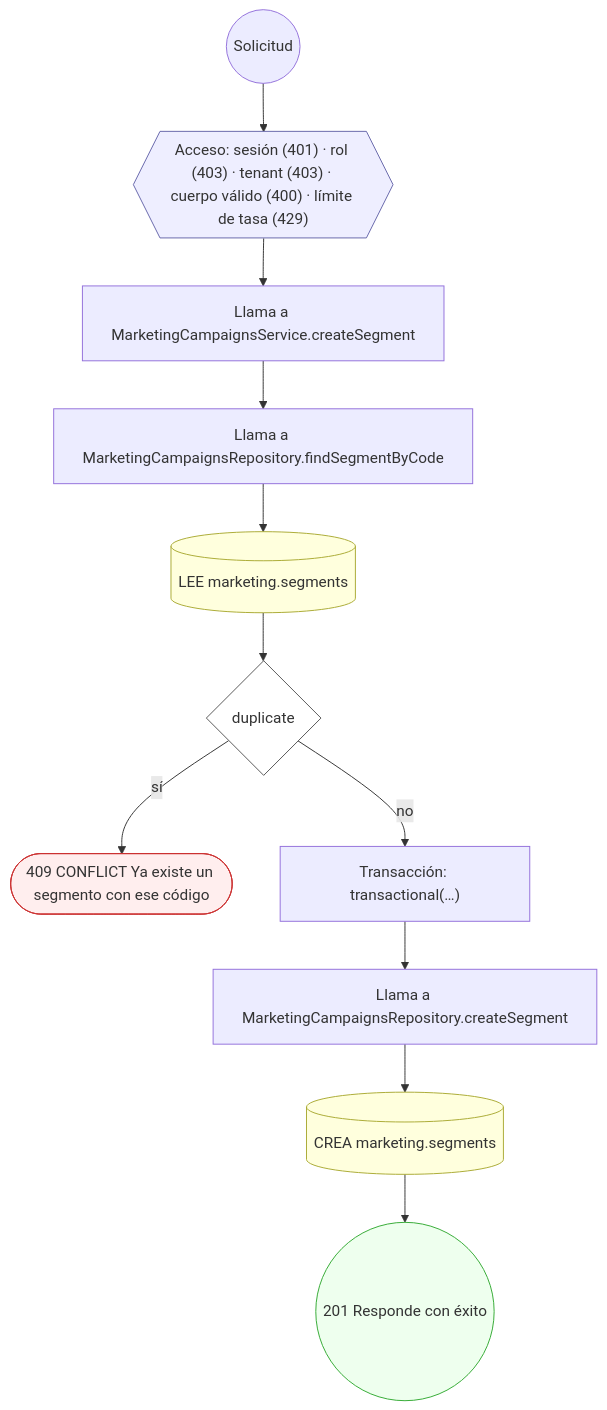
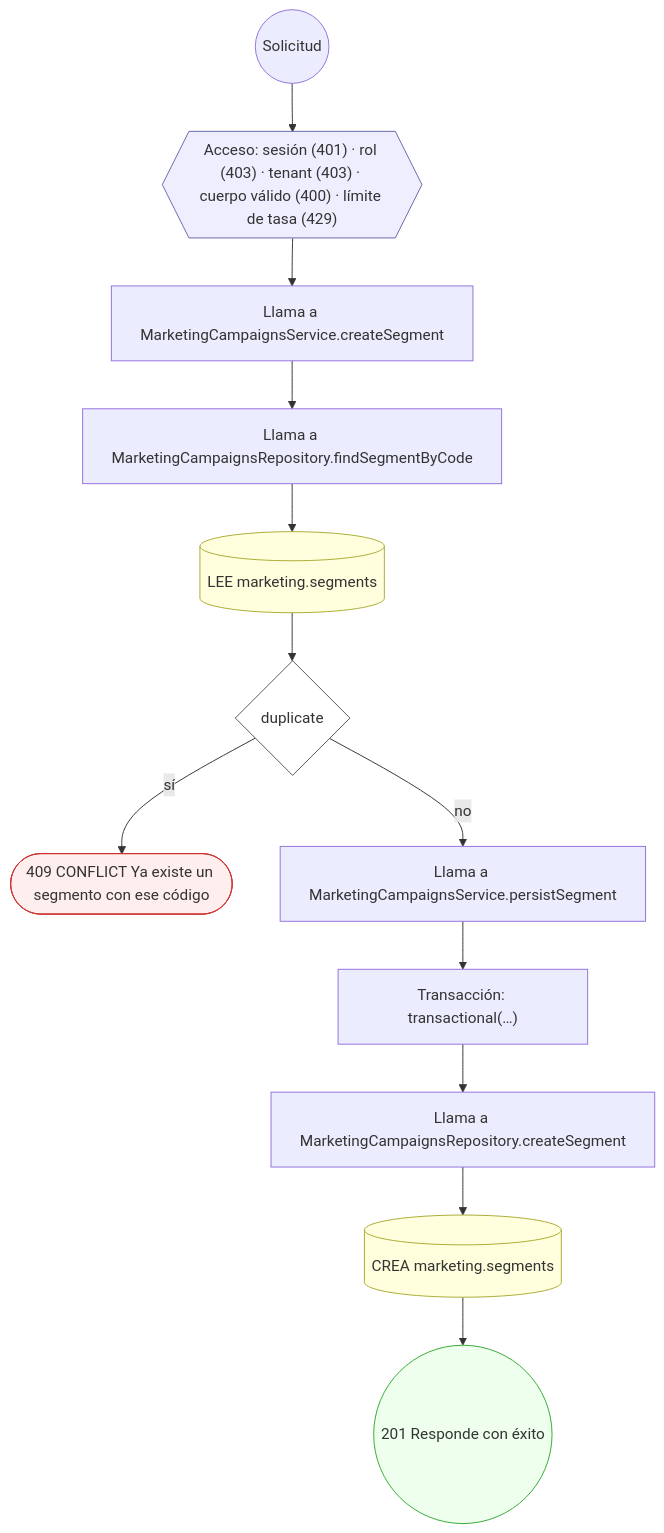
One commit to mdavila-2001/mantra-core-health-api changed diagram 11 of 16 in docs/inventario/flujos/marketing.md. Above: the diagram before and after it, drawn with Mermaid. The commit also changed other lines of this file and 438 other files, not shown here.

````diff
--- a/docs/inventario/flujos/marketing.md
+++ b/docs/inventario/flujos/marketing.md
@@ -797,30 +807,32 @@
 ```mermaid
 flowchart TD
   n1(("Solicitud")):::inicio
   n2{{"Acceso: sesión (401) · rol (403) · tenant (403) · cuerpo válido (400) · límite de tasa (429)"}}:::acceso
   n1 --> n2
   n3["Llama a MarketingCampaignsService.createSegment"]:::llamada
   n2 --> n3
   n4["Llama a MarketingCampaignsRepository.findSegmentByCode"]:::llamada
   n3 --> n4
   n5[("LEE marketing.segments")]:::efecto
   n4 --> n5
   n6{"duplicate"}:::decision
   n5 --> n6
   n7(["409 CONFLICT Ya existe un segmento con ese código"]):::error
   n6 -->|"sí"| n7
-  n8["Transacción: transactional(…)"]:::transaccion
+  n8["Llama a MarketingCampaignsService.persistSegment"]:::llamada
   n6 -->|"no"| n8
-  n9["Llama a MarketingCampaignsRepository.createSegment"]:::llamada
+  n9["Transacción: transactional(…)"]:::transaccion
   n8 --> n9
-  n10[("CREA marketing.segments")]:::efecto
+  n10["Llama a MarketingCampaignsRepository.createSegment"]:::llamada
   n9 --> n10
-  n11(("201 Responde con éxito")):::ok
+  n11[("CREA marketing.segments")]:::efecto
   n10 --> n11
+  n12(("201 Responde con éxito")):::ok
+  n11 --> n12
   classDef acceso fill:#eef,stroke:#66a
   classDef error fill:#fee,stroke:#c33
   classDef ok fill:#efe,stroke:#3a3
   classDef efecto fill:#ffd,stroke:#aa3
   classDef decision fill:#fff,stroke:#555
   classDef corte fill:#eee,stroke:#999,stroke-dasharray: 4
 ```
````
